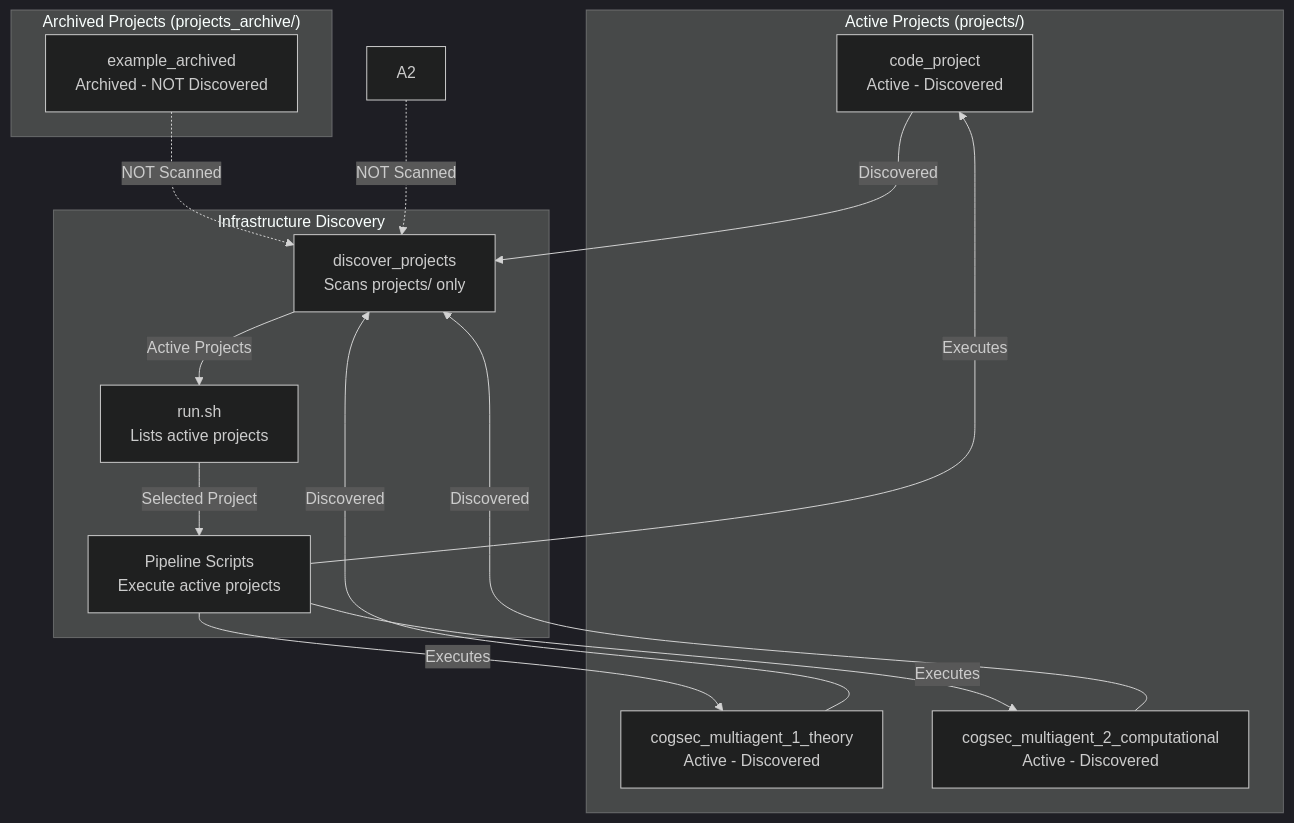
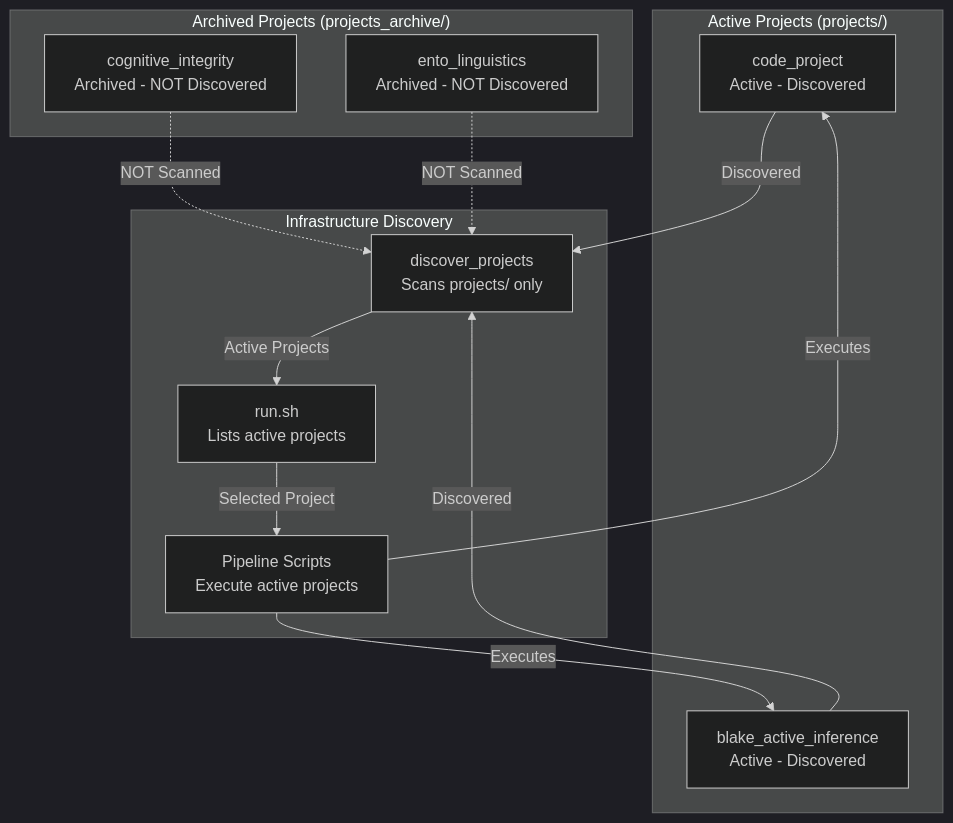
The diagram in projects/AGENTS.md (docxology/template), drawn with Mermaid (dark theme) before and after one commit. The commit also changed other lines of this file and 277 other files, not shown here.

````diff
--- a/projects/AGENTS.md
+++ b/projects/AGENTS.md
@@ -61,30 +61,28 @@
 ```mermaid
 graph TD
     subgraph Active["Active Projects (projects/)"]
         P1[code_project<br/>Active - Discovered]
-        P2[cogsec_multiagent_1_theory<br/>Active - Discovered]
-        P3[cogsec_multiagent_2_computational<br/>Active - Discovered]
+        P2[blake_active_inference<br/>Active - Discovered]
     end
 
     subgraph Archive["Archived Projects (projects_archive/)"]
-        A1[example_archived<br/>Archived - NOT Discovered]
+        A1[cognitive_integrity<br/>Archived - NOT Discovered]
+        A2[ento_linguistics<br/>Archived - NOT Discovered]
     end
 
     subgraph Infrastructure["Infrastructure Discovery"]
         DISCOVER[discover_projects<br/>Scans projects/ only]
         RUNSH[run.sh<br/>Lists active projects]
         PIPELINE[Pipeline Scripts<br/>Execute active projects]
     end
 
     P1 -->|Discovered| DISCOVER
     P2 -->|Discovered| DISCOVER
-    P3 -->|Discovered| DISCOVER
     A1 -.->|NOT Scanned| DISCOVER
     A2 -.->|NOT Scanned| DISCOVER
 
     DISCOVER -->|Active Projects| RUNSH
     RUNSH -->|Selected Project| PIPELINE
     PIPELINE -->|Executes| P1
     PIPELINE -->|Executes| P2
-    PIPELINE -->|Executes| P3
 ```
````
